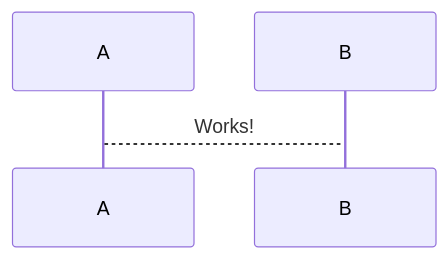
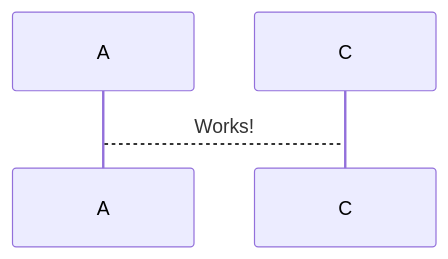
Before and after one commit to elohim18bolts/configs: the diagram in README.org, drawn with Mermaid. The commit also changed other lines of this file and 2 other files, not shown here.

```diff
--- a/README.org
+++ b/README.org
@@ -80,5 +82,5 @@
 #+begin_src mermaid :file test.png
 sequenceDiagram
-A-->B: Works!
+A-->C: Works!
 
 #+end_src
```
